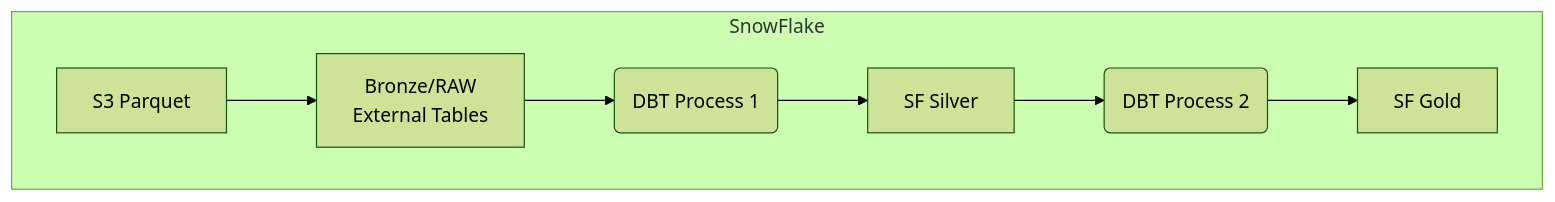
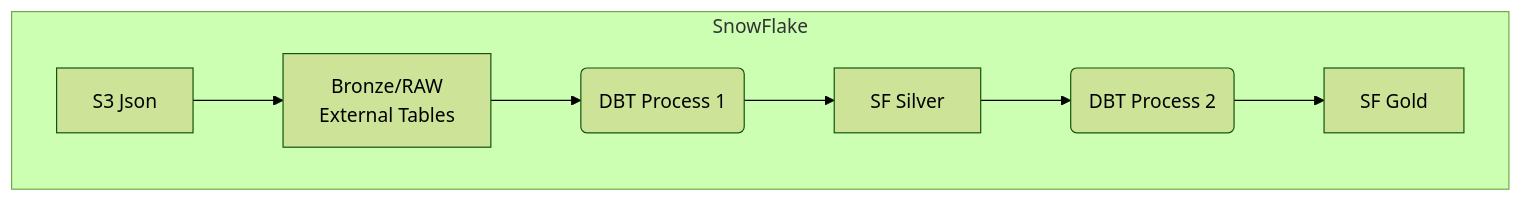
Before and after one commit to peddadap/design_templates: the eighth of 14 diagrams in README.md, drawn with Mermaid (forest theme). The commit also changed other lines of this file and 2 other files, not shown here.

Commit message:
added recovery flows

````diff
--- a/README.md
+++ b/README.md
@@ -288,11 +288,11 @@
 ``` mermaid
 graph TB
     subgraph SnowFlake
-        SF.A[S3 Parquet]-->SF.B[Bronze/RAW \n External Tables]
+        SF.A[S3 Json]-->SF.B[Bronze/RAW \n External Tables]
         SF.B-->SF.C(DBT Process 1)
         SF.C-->SF.D[SF Silver]
         SF.D -->SF.E(DBT Process 2)
         SF.E --> SF.F[ SF Gold ]
 end
 
 ```
````
